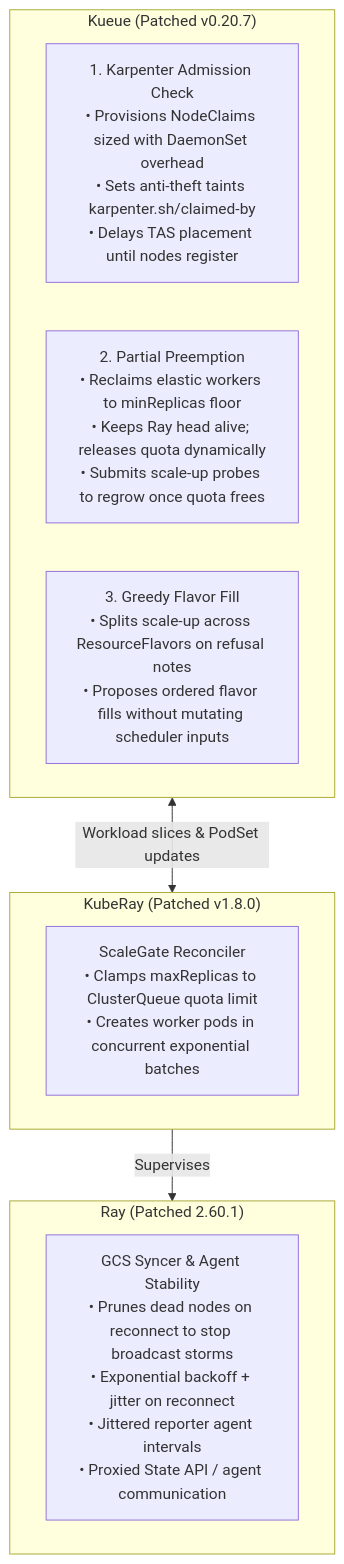
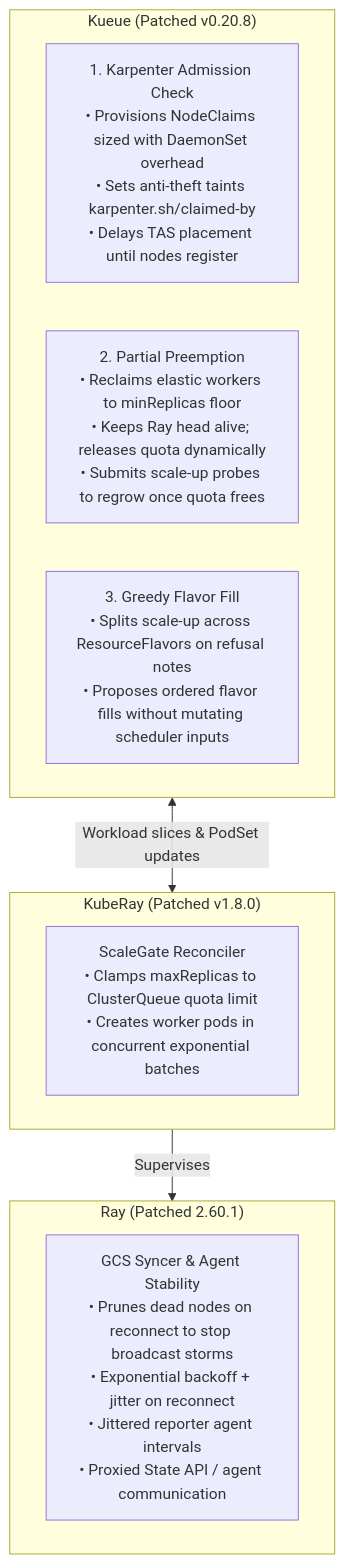
The diagram in readme.md (simonepri/elastic-kueue-kuberay-patches), drawn with Mermaid before and after one commit. The commit also changed other lines of this file and 25 other files, not shown here.

````diff
--- a/readme.md
+++ b/readme.md
@@ -33,19 +33,19 @@
 ```mermaid
 flowchart TD
-    subgraph Kueue ["Kueue (Patched v0.20.7)"]
+    subgraph Kueue ["Kueue (Patched v0.20.8)"]
         K1["1. Karpenter Admission Check<br>• Provisions NodeClaims sized with DaemonSet overhead<br>• Sets anti-theft taints karpenter.sh/claimed-by<br>• Delays TAS placement until nodes register"]
         K2["2. Partial Preemption<br>• Reclaims elastic workers to minReplicas floor<br>• Keeps Ray head alive; releases quota dynamically<br>• Submits scale-up probes to regrow once quota frees"]
         K3["3. Greedy Flavor Fill<br>• Splits scale-up across ResourceFlavors on refusal notes<br>• Proposes ordered flavor fills without mutating scheduler inputs"]
     end
 
     subgraph KubeRay ["KubeRay (Patched v1.8.0)"]
         KR1["ScaleGate Reconciler<br>• Clamps maxReplicas to ClusterQueue quota limit<br>• Creates worker pods in concurrent exponential batches"]
     end
 
     subgraph RayCore ["Ray (Patched 2.60.1)"]
         RC1["GCS Syncer & Agent Stability<br>• Prunes dead nodes on reconnect to stop broadcast storms<br>• Exponential backoff + jitter on reconnect<br>• Jittered reporter agent intervals<br>• Proxied State API / agent communication"]
     end
 
     Kueue <-->|"Workload slices & PodSet updates"| KubeRay
     KubeRay -->|"Supervises"| RayCore
 ```
````
